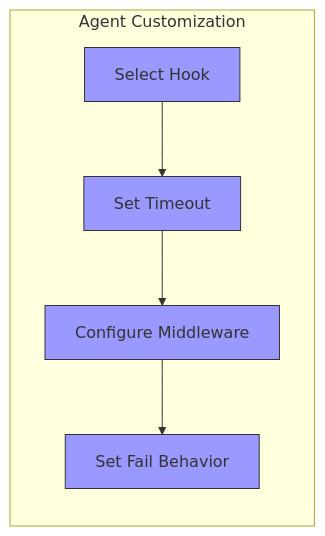
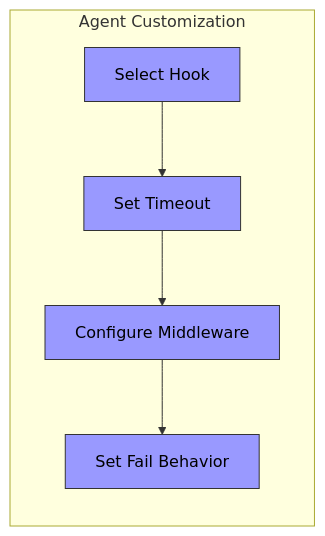
Before and after one commit to AgentParadise/agentic-primitives: the third of 12 diagrams in docs/architecture/hooks-system-overview.md, drawn with Mermaid. The commit also changed other lines of this file and 56 other files, not shown here.

First line of the commit message:
feat(hooks): implement self-logging analytics architecture

````diff
--- a/docs/architecture/hooks-system-overview.md
+++ b/docs/architecture/hooks-system-overview.md
@@ -85,13 +85,13 @@
 ```mermaid
 graph LR
     subgraph "Agent Customization"
         A[Select Hook] --> B[Set Timeout]
         B --> C[Configure Middleware]
         C --> D[Set Fail Behavior]
     end
     
-    style A fill:#99f,stroke:#333
-    style B fill:#99f,stroke:#333
-    style C fill:#99f,stroke:#333
-    style D fill:#99f,stroke:#333
+    style A fill:#99f,stroke:#333,color:#000
+    style B fill:#99f,stroke:#333,color:#000
+    style C fill:#99f,stroke:#333,color:#000
+    style D fill:#99f,stroke:#333,color:#000
 ```
````
